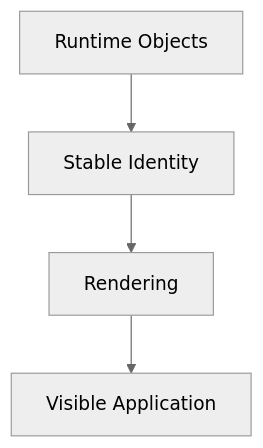
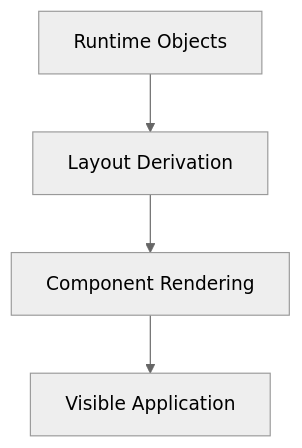
Before and after one commit to kjvonly/kjvonly.bible: the second of 6 diagrams in docs/01_application-architecture/003-runtime-rendering.md, drawn with Mermaid (neutral theme). The commit also changed other lines of this file and 1 other file, not shown here.

````diff
--- a/docs/01_application-architecture/003-runtime-rendering.md
+++ b/docs/01_application-architecture/003-runtime-rendering.md
@@ -495,17 +144,15 @@
 ```mermaid
 flowchart TD
 
     Runtime["Runtime Objects"]
 
-    Identity["Stable Identity"]
+    Layout["Layout Derivation"]
 
-    Rendering["Rendering"]
+    Components["Component Rendering"]
 
     UI["Visible Application"]
 
-    Runtime --> Identity
-
-    Identity --> Rendering
-
-    Rendering --> UI
+    Runtime --> Layout
+    Layout --> Components
+    Components --> UI
 ```
````
